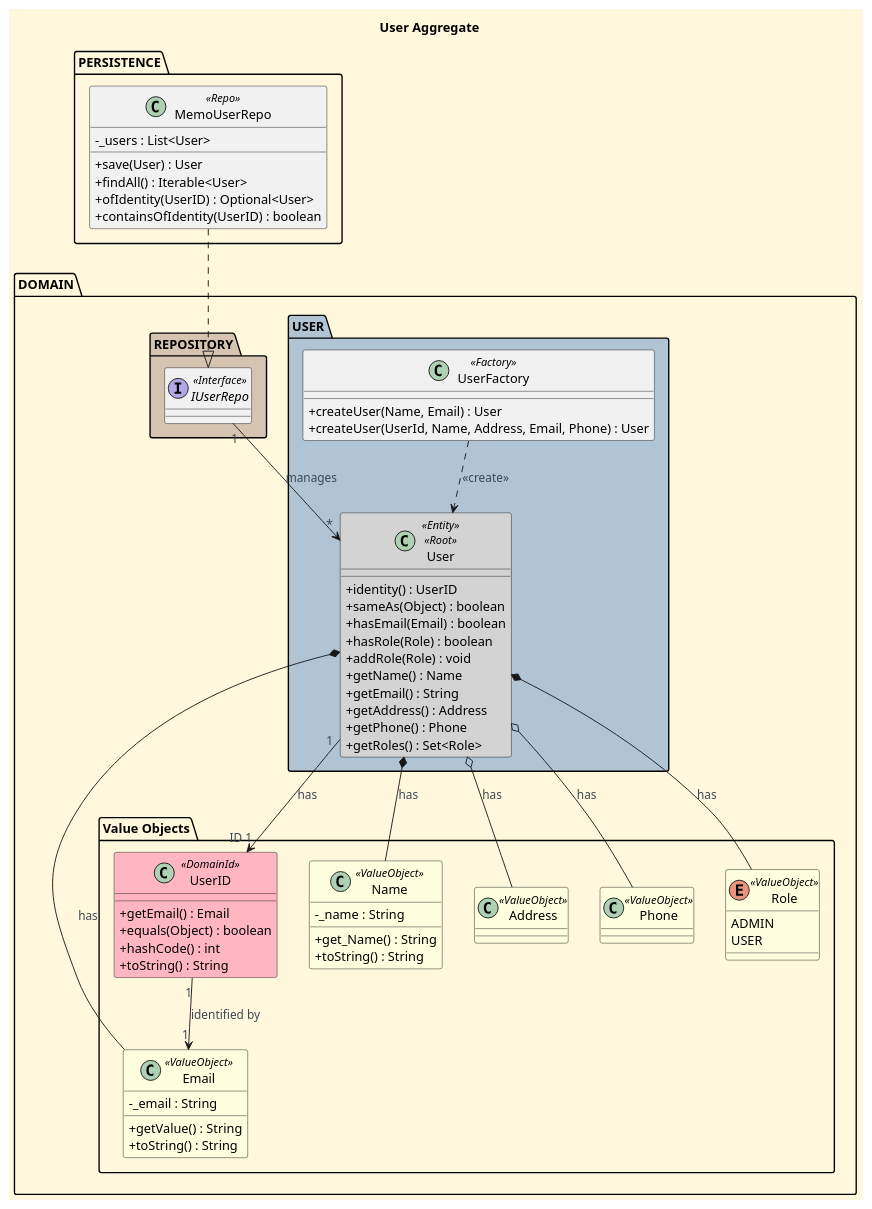
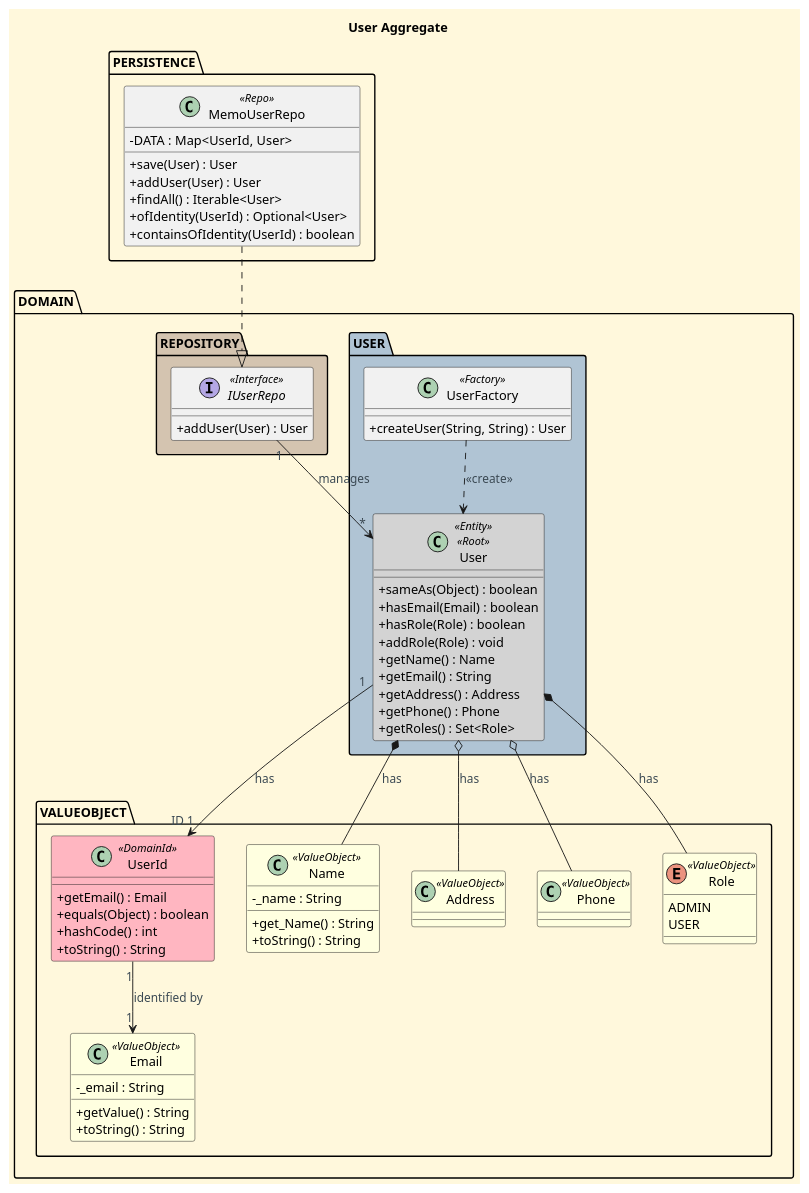
The diagram in docs/aggregates-diagrams/User_Aggregate.puml (CarolinaLeite-collab/JavaMarketplacePlatform), drawn with PlantUML before and after one commit.

Commit message:
Refactor: Update User aggregate diagram, Refs #441

```diff
--- a/docs/aggregates-diagrams/User_Aggregate.puml
+++ b/docs/aggregates-diagrams/User_Aggregate.puml
@@ -1,108 +1,109 @@
 @startuml
 
 '==== Title ====
 title User Aggregate
 top to bottom direction
 
 '==== basic style ====
 skinparam monochrome false
 skinparam shadowing false
 skinparam defaultFontName Futura
 skinparam objectFontSize 20
 skinparam backgroundColor CornSilk
 skinparam objectBackgroundColor WhiteSmoke
 skinparam noteBackgroundColor #FFFFE0
 skinparam ArrowFontColor #3B4953
 skinparam ActivationBackgroundColor black
 skinparam classAttributeIconSize 0
 
 ' ===== Persistence =====
 Package "PERSISTENCE" {
     class MemoUserRepo <<Repo>> {
-        - _users : List<User>
+        - DATA : Map<UserId, User>
         + save(User) : User
+        + addUser(User) : User
         + findAll() : Iterable<User>
-        + ofIdentity(UserID) : Optional<User>
-        + containsOfIdentity(UserID) : boolean
+        + ofIdentity(UserId) : Optional<User>
+        + containsOfIdentity(UserId) : boolean
     }
 }
 
 ' ===== Domain =====
 Package "DOMAIN" {
 
     Package "USER" <<Folder>> #b0c4d4 {
 
         class User <<Entity>> <<Root>> #lightgrey {
-            + identity() : UserID
             + sameAs(Object) : boolean
             + hasEmail(Email) : boolean
             + hasRole(Role) : boolean
             + addRole(Role) : void
             + getName() : Name
             + getEmail() : String
             + getAddress() : Address
             + getPhone() : Phone
             + getRoles() : Set<Role>
         }
 
         class UserFactory <<Factory>> {
-            + createUser(Name, Email) : User
-            + createUser(UserId, Name, Address, Email, Phone) : User
+            + createUser(String, String) : User
         }
 
     }
-Package "Value Objects" {
-    ' ===== DomainId =====
-    class UserID <<DomainId>> #LightPink {
-        + getEmail() : Email
-        + equals(Object) : boolean
-        + hashCode() : int
-        + toString() : String
+
+    Package "VALUEOBJECT" {
+
+        class UserId <<DomainId>> #LightPink {
+            + getEmail() : Email
+            + equals(Object) : boolean
+            + hashCode() : int
+            + toString() : String
+        }
+
+        class Email <<ValueObject>> #LightYellow {
+            - _email : String
+            + getValue() : String
+            + toString() : String
+        }
+
+        class Name <<ValueObject>> #LightYellow {
+            - _name : String
+            + get_Name() : String
+            + toString() : String
+        }
+
+        class Address <<ValueObject>> #LightYellow {
+        }
+
+        class Phone <<ValueObject>> #LightYellow {
+        }
+
+        enum Role <<ValueObject>> #LightYellow {
+            ADMIN
+            USER
+        }
     }
 
-    ' ===== Value Objects =====
-    class Email <<ValueObject>> #LightYellow {
-        - _email : String
-        + getValue() : String
-        + toString() : String
-    }
-
-    class Name <<ValueObject>> #LightYellow {
-        - _name : String
-        + get_Name() : String
-        + toString() : String
-    }
-
-    class Address <<ValueObject>> #LightYellow {
-    }
-
-    class Phone <<ValueObject>> #LightYellow {
-    }
-
-    enum Role <<ValueObject>> #LightYellow {
-        ADMIN
-        USER
-    }
-}
     Package "REPOSITORY" <<Folder>> #d4c4b0 {
-        interface IUserRepo <<Interface>>
+        interface IUserRepo <<Interface>> {
+            + addUser(User) : User
+        }
     }
 
 }
 
 ' ===== Relations =====
-User "1" --> "ID 1" UserID : has
-UserID "1" --> "1" Email : identified by
+User "1" --> "ID 1" UserId : has
+UserId "1" --> "1" Email : identified by
 
 User *-- Name : has
-User *-- Email : has
 User *-- Role : has
 User o-- Address : has
 User o-- Phone : has
 
 IUserRepo "1" --> "*" User : manages
 MemoUserRepo ..|> IUserRepo
 
 UserFactory ..> User : <<create>>
 
 @enduml
```
